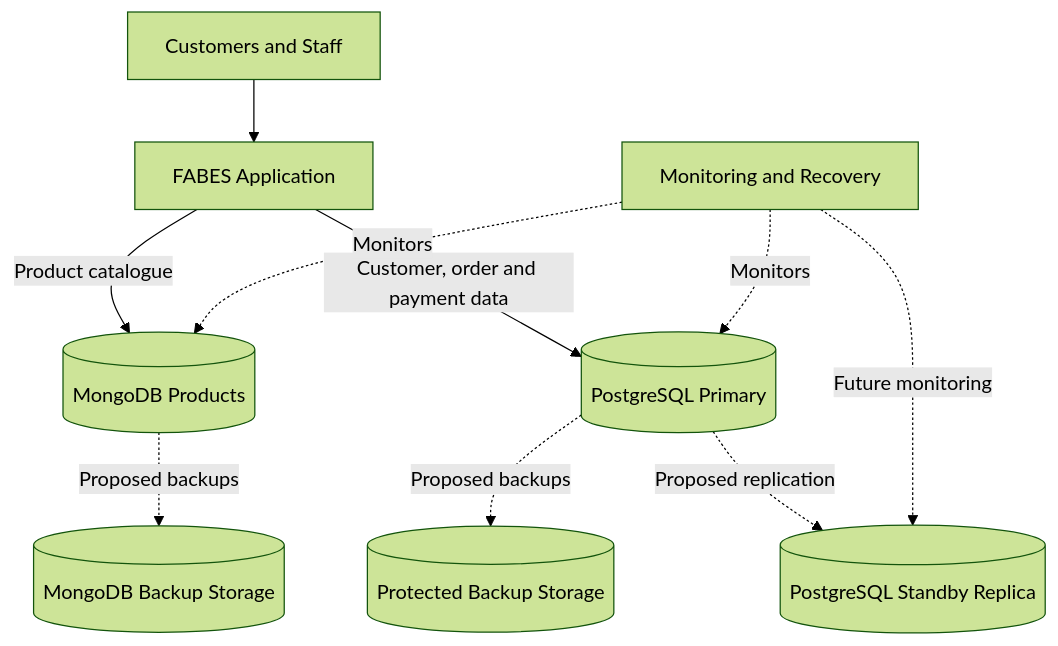
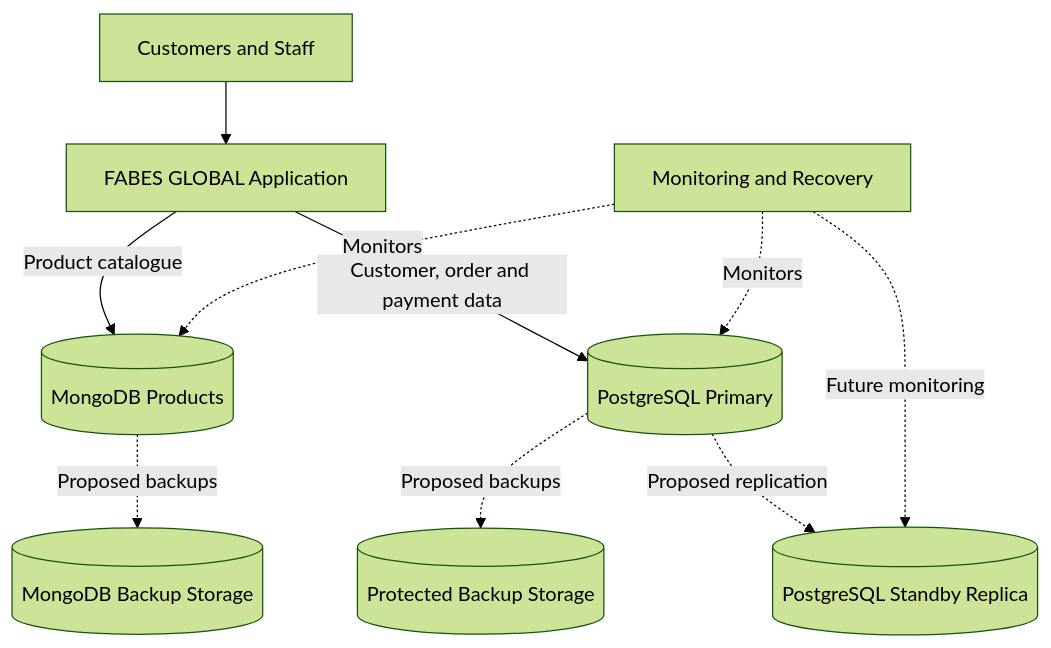
The diagram in portfolio-5-distributed-cloud/architecture-diagram.md (fataibello/fabes_global_database), drawn with Mermaid (forest theme) before and after one commit.

Commit message:
Change application name to FABES GLOBAL
Updated application name in architecture diagram.

````diff
--- a/portfolio-5-distributed-cloud/architecture-diagram.md
+++ b/portfolio-5-distributed-cloud/architecture-diagram.md
@@ -6,16 +6,16 @@
 ```mermaid
 flowchart TD
-    U[Customers and Staff] --> A[FABES Application]
+    U[Customers and Staff] --> A[FABES GLOBAL Application]
 
     A -->|Customer, order and payment data| P[(PostgreSQL Primary)]
     A -->|Product catalogue| M[(MongoDB Products)]
 
     P -. Proposed replication .-> R[(PostgreSQL Standby Replica)]
 
     P -. Proposed backups .-> B[(Protected Backup Storage)]
     M -. Proposed backups .-> MB[(MongoDB Backup Storage)]
 
     O[Monitoring and Recovery] -. Monitors .-> P
     O -. Monitors .-> M
     O -. Future monitoring .-> R
 ```
````
